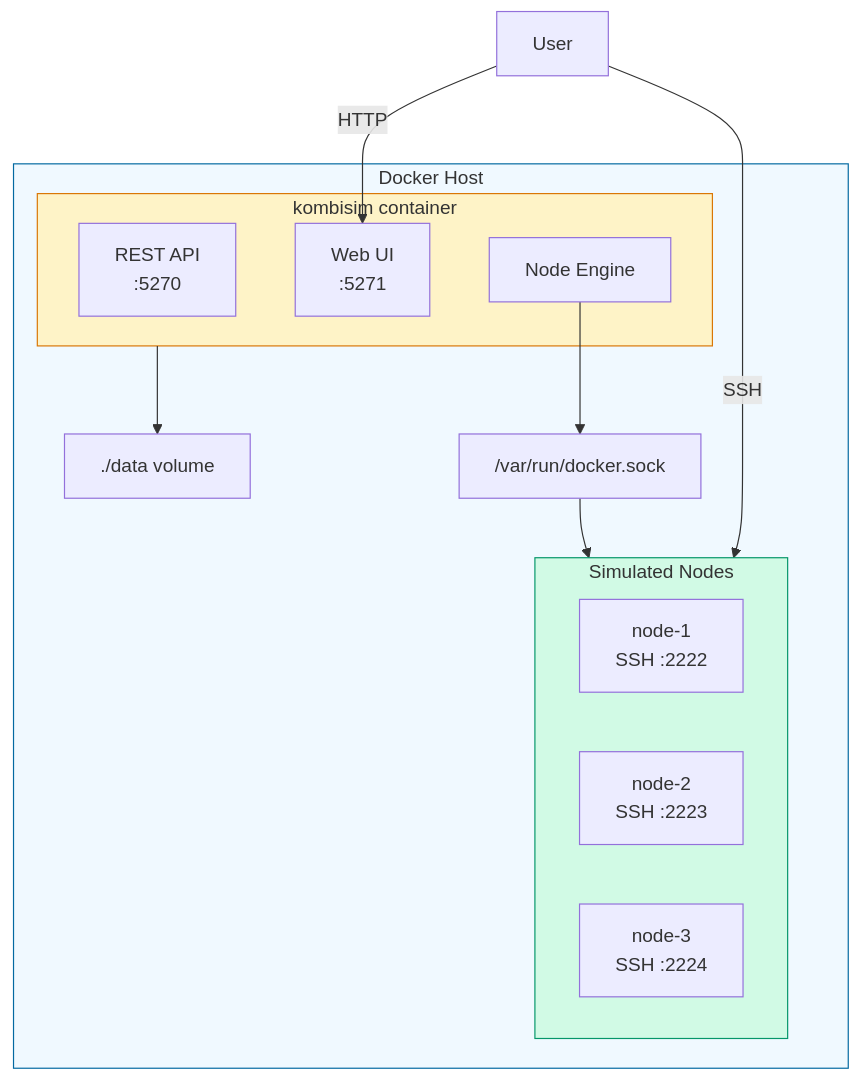
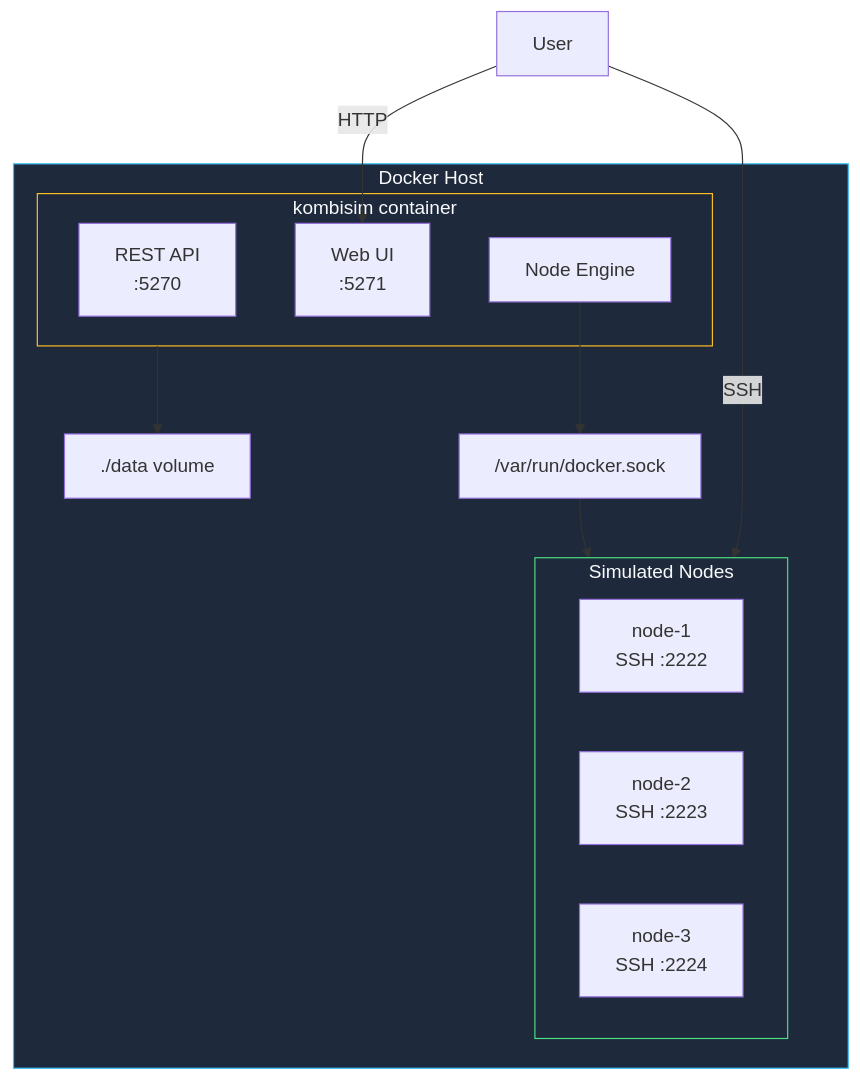
One commit to KombiverseLabs/docs changed the diagram in sim/install/docker-compose.mdx. Above: the diagram before and after it, drawn with Mermaid. The commit also changed 33 other files, not shown here.

````diff
--- a/sim/install/docker-compose.mdx
+++ b/sim/install/docker-compose.mdx
@@ -64,31 +64,31 @@
 ```mermaid
 graph TB
     subgraph DockerHost["Docker Host"]
         subgraph KombiSim["kombisim container"]
             API["REST API<br/>:5270"]
             UI["Web UI<br/>:5271"]
             Engine["Node Engine"]
         end
         
         subgraph SimNodes["Simulated Nodes"]
             N1["node-1<br/>SSH :2222"]
             N2["node-2<br/>SSH :2223"]
             N3["node-3<br/>SSH :2224"]
         end
         
         Data["./data volume"]
         Socket["/var/run/docker.sock"]
         
         Engine --> Socket
         Socket --> SimNodes
         KombiSim --> Data
     end
 
     User["User"]
     User -->|HTTP| UI
     User -->|SSH| SimNodes
 
-    style DockerHost fill:#f0f9ff,stroke:#0369a1
-    style KombiSim fill:#fef3c7,stroke:#d97706
-    style SimNodes fill:#d1fae5,stroke:#059669
+    style DockerHost fill:#1e293b,stroke:#38bdf8,color:#f8fafc
+    style KombiSim fill:#1e293b,stroke:#fbbf24,color:#f8fafc
+    style SimNodes fill:#1e293b,stroke:#4ade80,color:#f8fafc
 ```
````
